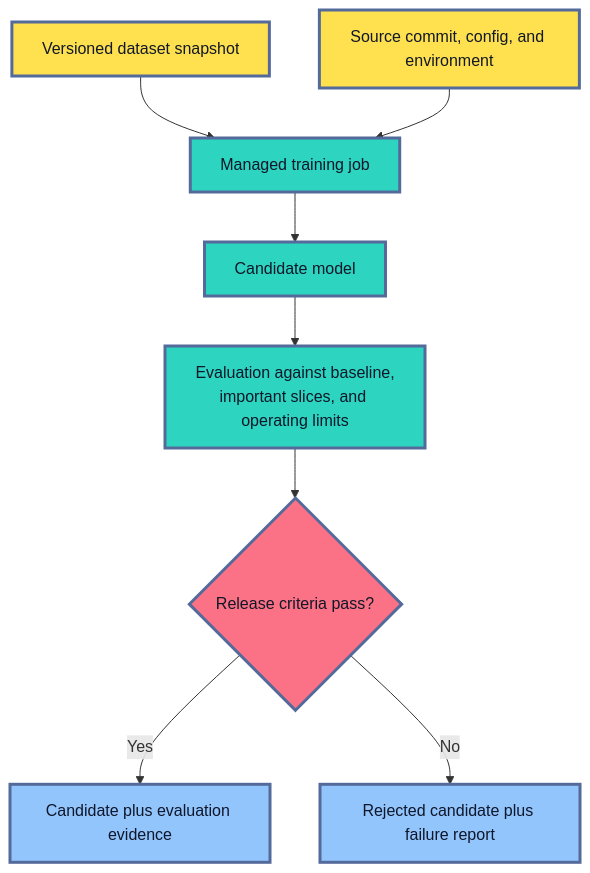
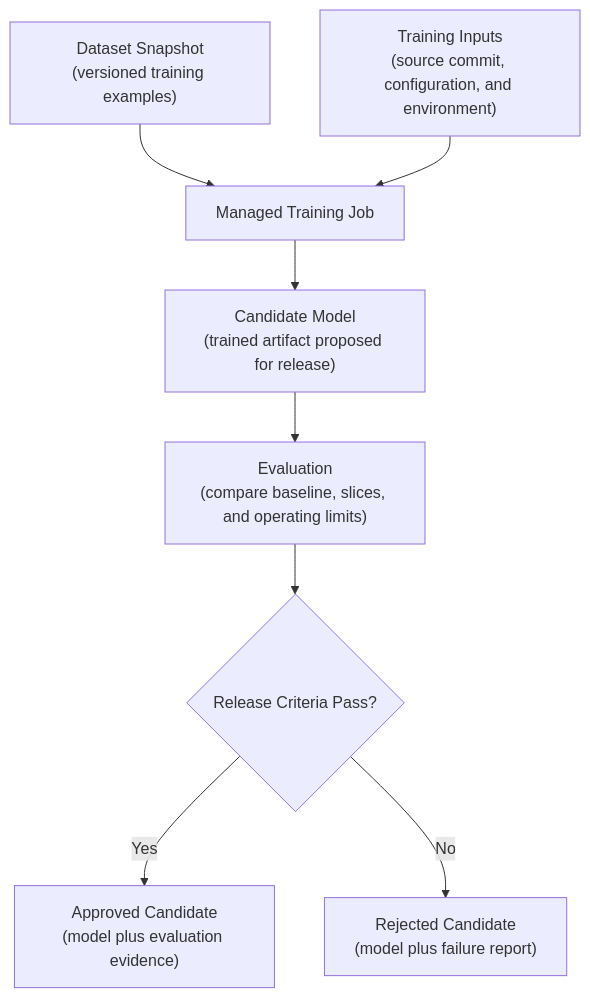
Before and after one commit to senlinyy/dev-roadmaps: the second of 6 diagrams in roadmaps/mlops/modules/mlops-foundations/architecture-basics/01-simple-mlops-architecture.md, drawn with Mermaid. The commit also changed other lines of this file and 152 other files, not shown here.

Commit message:
feat: mlops and diagrams updated

````diff
--- a/roadmaps/mlops/modules/mlops-foundations/architecture-basics/01-simple-mlops-architecture.md
+++ b/roadmaps/mlops/modules/mlops-foundations/architecture-basics/01-simple-mlops-architecture.md
@@ -179,19 +177,15 @@
 ```mermaid
 flowchart TD
-    A["Versioned dataset snapshot"] --> C["Managed training job"]
-    B["Source commit, config, and environment"] --> C
-    C --> D["Candidate model"]
-    D --> E["Evaluation against baseline,<br/>important slices, and operating limits"]
-    E --> F{"Release criteria pass?"}
-    F -->|"Yes"| G["Candidate plus evaluation evidence"]
-    F -->|"No"| H["Rejected candidate plus failure report"]
+    A["Dataset Snapshot<br/>(versioned training examples)"] --> C["Managed Training Job"]
+    B["Training Inputs<br/>(source commit, configuration, and environment)"] --> C
+    C --> D["Candidate Model<br/>(trained artifact proposed for release)"]
+    D --> E["Evaluation<br/>(compare baseline, slices, and operating limits)"]
+    E --> F{"Release Criteria Pass?"}
+    F -->|"Yes"| G["Approved Candidate<br/>(model plus evaluation evidence)"]
+    F -->|"No"| H["Rejected Candidate<br/>(model plus failure report)"]
 
-    classDef input fill:#FFE04F,stroke:#536A9A,stroke-width:3px,color:#111827
-    classDef work fill:#2DD4BF,stroke:#536A9A,stroke-width:3px,color:#0F172A
-    classDef decision fill:#FB7185,stroke:#536A9A,stroke-width:3px,color:#111827
-    classDef result fill:#93C5FD,stroke:#536A9A,stroke-width:3px,color:#0F172A
     class A,B input
     class C,D,E work
     class F decision
     class G,H result
 ```
````
